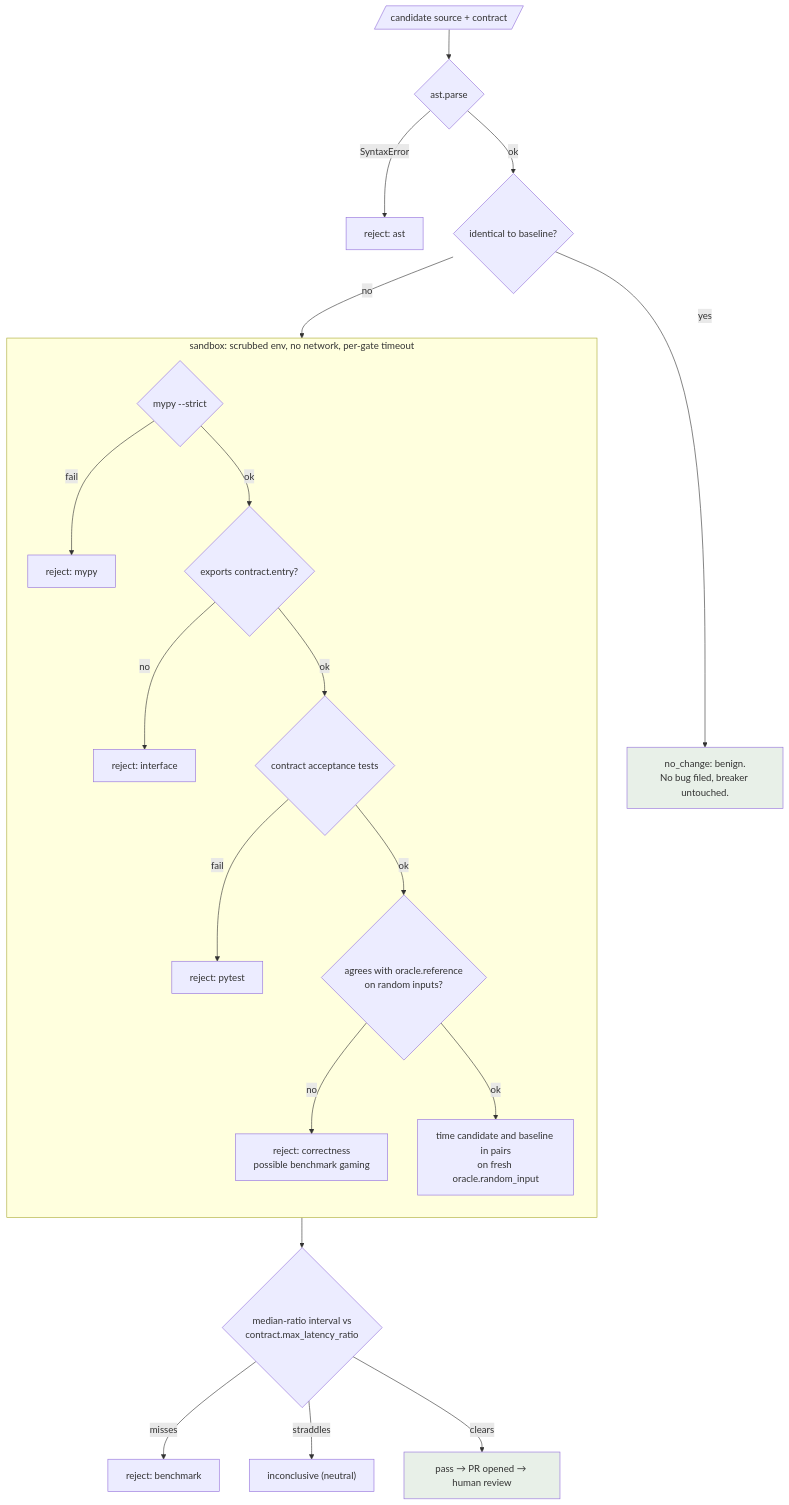
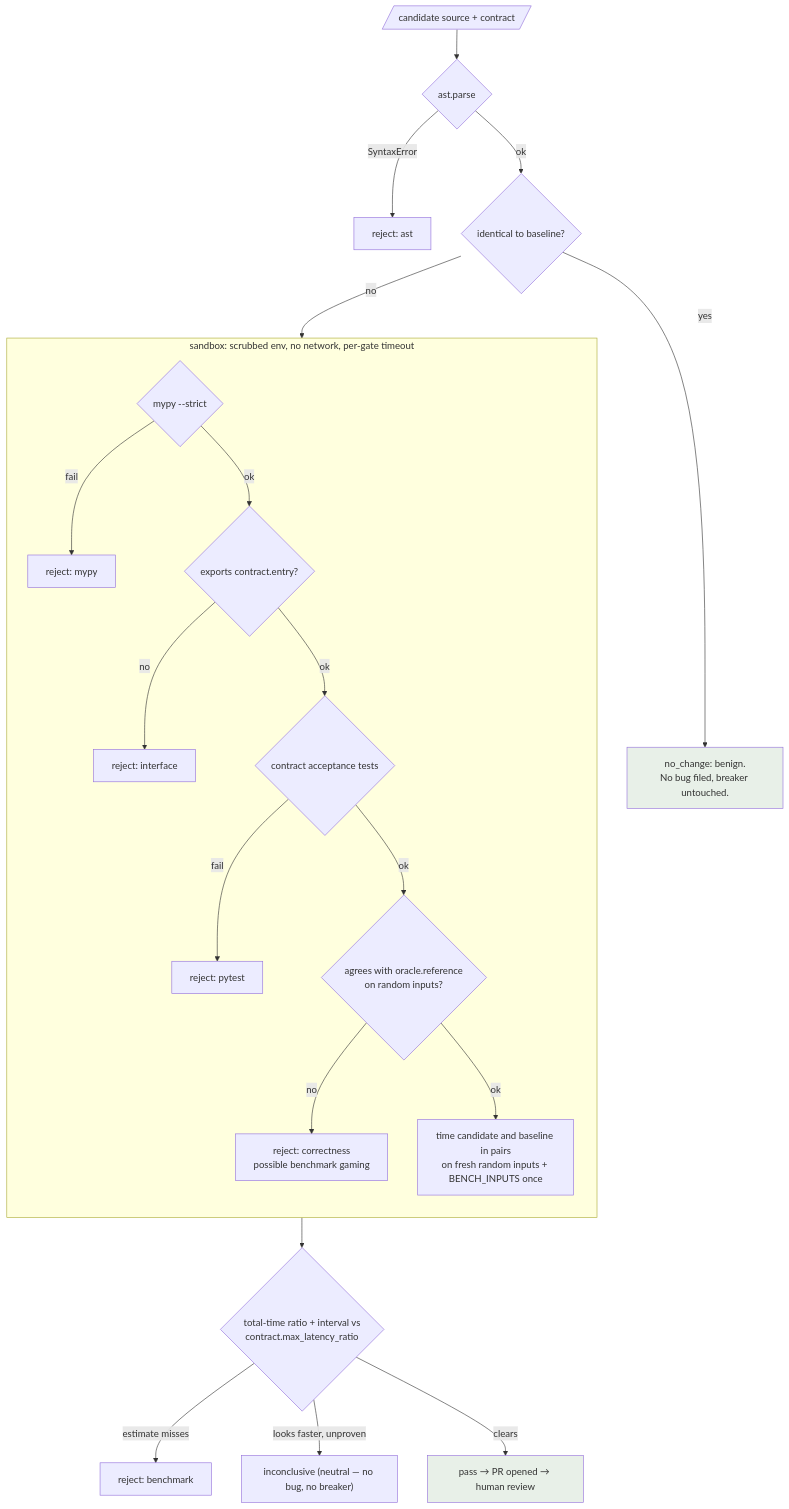
The fourth of 6 diagrams in docs/DIAGRAMS.md (ozumpe/omnibase), drawn with Mermaid before and after one commit. The commit also changed 18 other files, not shown here.

````diff
--- a/docs/DIAGRAMS.md
+++ b/docs/DIAGRAMS.md
@@ -264,28 +264,28 @@
 ```mermaid
 flowchart TD
     A[/"candidate source + contract"/] --> B{"ast.parse"}
     B -- "SyntaxError" --> RJ["reject: ast"]
     B -- ok --> C{"identical to baseline?"}
     C -- "yes" --> NC["no_change: benign.<br/>No bug filed, breaker untouched."]
     C -- "no" --> S
 
     subgraph S["sandbox: scrubbed env, no network, per-gate timeout"]
         direction TB
         D{"mypy --strict"} -- "fail" --> RJ2["reject: mypy"]
         D -- ok --> E{"exports contract.entry?"}
         E -- "no" --> RJ3["reject: interface"]
         E -- ok --> F{"contract acceptance tests"}
         F -- "fail" --> RJ4["reject: pytest"]
         F -- ok --> G{"agrees with oracle.reference<br/>on random inputs?"}
         G -- "no" --> RJ5["reject: correctness<br/>possible benchmark gaming"]
-        G -- ok --> H["time candidate and baseline in pairs<br/>on fresh oracle.random_input"]
+        G -- ok --> H["time candidate and baseline in pairs<br/>on fresh random inputs + BENCH_INPUTS once"]
     end
 
-    H --> I{"median-ratio interval vs<br/>contract.max_latency_ratio"}
-    I -- "misses" --> RJ6["reject: benchmark"]
-    I -- "straddles" --> NI["inconclusive (neutral)"]
+    H --> I{"total-time ratio + interval vs<br/>contract.max_latency_ratio"}
+    I -- "estimate misses" --> RJ6["reject: benchmark"]
+    I -- "looks faster, unproven" --> NI["inconclusive (neutral — no bug, no breaker)"]
     I -- "clears" --> P["pass → PR opened → human review"]
 
     style NC fill:#e8f0e8
     style P fill:#e8f0e8
 ```
````
